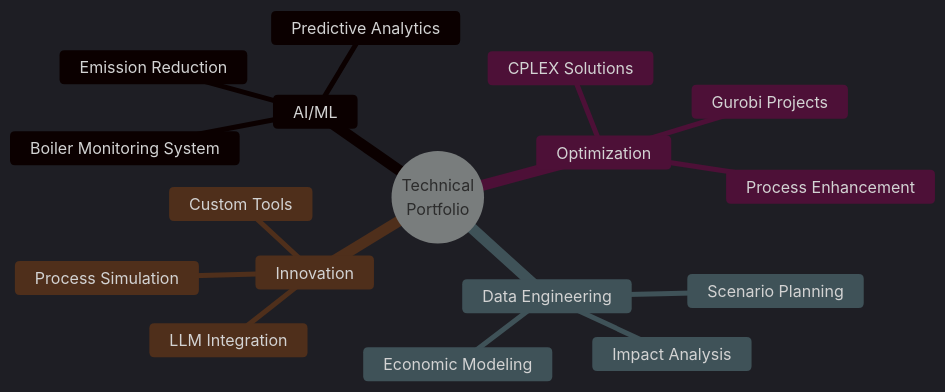
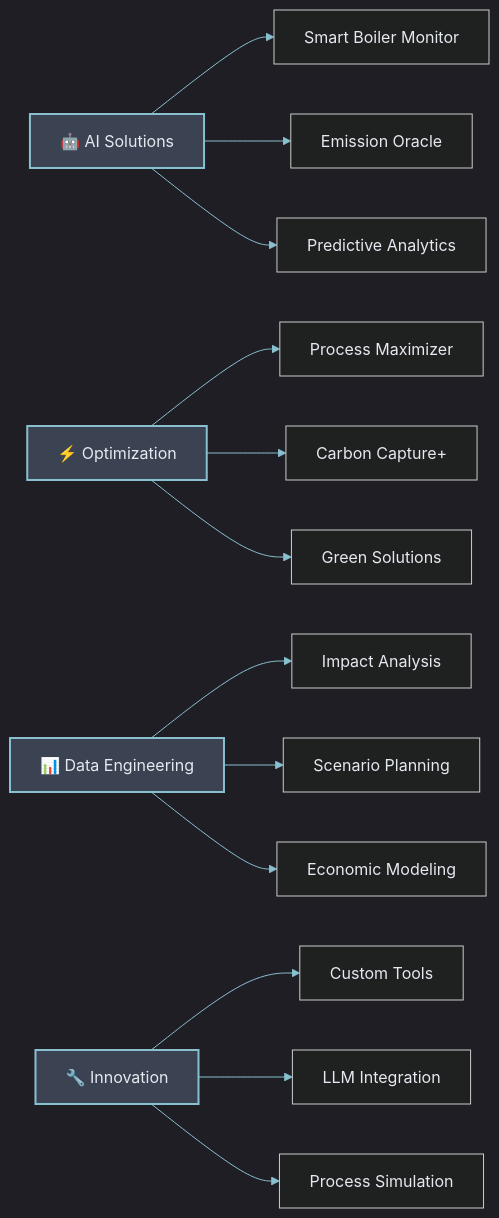
One commit to m-ahmed-elbeskeri/m-ahmed-elbeskeri changed the diagram in README.md. Above: the diagram before and after it, drawn with Mermaid. The commit also changed other lines of this file, not shown here.

````diff
--- a/README.md
+++ b/README.md
@@ -96,21 +54,24 @@
 ```mermaid
 %%{init: {'theme': 'dark', 'themeVariables': { 'primaryColor': '#2E3440', 'primaryTextColor': '#88C0D0', 'primaryBorderColor': '#4C566A', 'lineColor': '#88C0D0', 'textColor': '#E5E9F0', 'fontSize': '16px'}}}%%
-mindmap
-  root((Technical<br/>Portfolio))
-    AI/ML
-      Boiler Monitoring System
-      Predictive Analytics
-      Emission Reduction
-    Optimization
-      CPLEX Solutions
-      Gurobi Projects
-      Process Enhancement
-    Data Engineering
-      Impact Analysis
-      Scenario Planning
-      Economic Modeling
-    Innovation
-      Custom Tools
-      LLM Integration
-      Process Simulation
+graph LR
+    A[🤖 AI Solutions] --> A1[Smart Boiler Monitor]
+    A --> A2[Emission Oracle]
+    A --> A3[Predictive Analytics]
+    
+    B[⚡ Optimization] --> B1[Process Maximizer]
+    B --> B2[Carbon Capture+]
+    B --> B3[Green Solutions]
+    
+    C[📊 Data Engineering] --> C1[Impact Analysis]
+    C --> C2[Scenario Planning]
+    C --> C3[Economic Modeling]
+    
+    D[🔧 Innovation] --> D1[Custom Tools]
+    D --> D2[LLM Integration]
+    D --> D3[Process Simulation]
+
+    style A fill:#3B4252,stroke:#88C0D0,stroke-width:2px
+    style B fill:#3B4252,stroke:#88C0D0,stroke-width:2px
+    style C fill:#3B4252,stroke:#88C0D0,stroke-width:2px
+    style D fill:#3B4252,stroke:#88C0D0,stroke-width:2px
 ```
````
